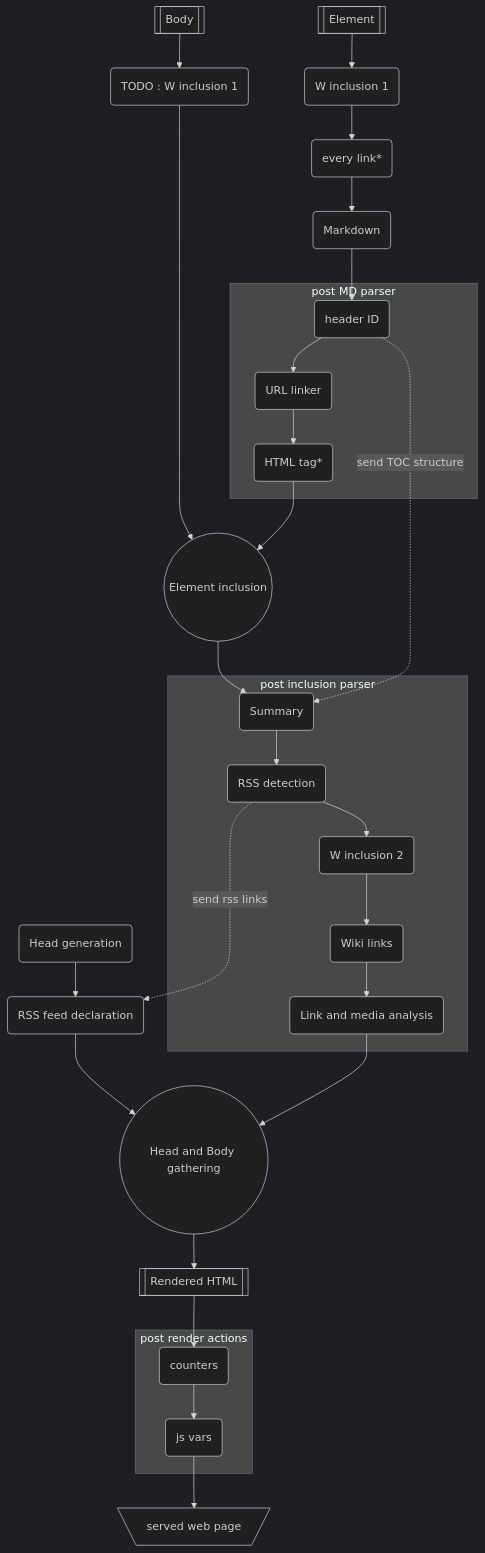
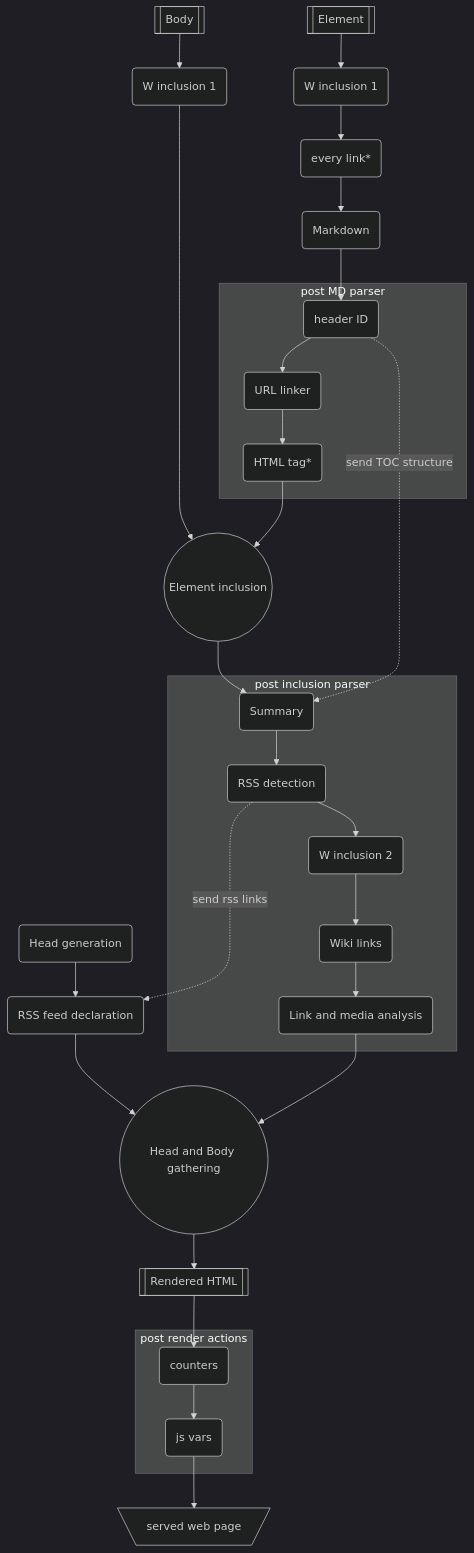
The diagram in RENDER.md (vincent-peugnet/wcms), drawn with Mermaid (dark theme) before and after one commit. The commit also changed 1 other file, not shown here.

Commit message:
allow to use more inclusions in BODY close #266

````diff
--- a/RENDER.md
+++ b/RENDER.md
@@ -7,40 +7,40 @@
 ```mermaid
 flowchart TD
 
     0A(Head generation) -->
     0rss(RSS feed declaration) --> 3B
 
     2A[[Body]] -->
-    2B(TODO : W inclusion 1)  ------->
+    2B(W inclusion 1)  ------->
     2C((Element inclusion)) --> 2D
     subgraph "post inclusion parser"
         2D(Summary) -->
         2rss(RSS detection) -->
         2F(W inclusion 2) -->
         2H(Wiki links) -->
         2I(Link and media analysis)
     end
     2I -->
     3B((Head and Body gathering)) -->
     3C[[Rendered HTML]] --> 4c
     subgraph "post render actions"
         4c(counters) -->
         4j(js vars)
     end
     4j --> 5[\served web page/]
 
 
     1A[[Element]] -->
     1B(W inclusion 1) -->
     1C(every link*) -->
     1D(Markdown) --> 1E
     subgraph "post MD parser"
         1E(header ID) -->
         1F(URL linker) -->
         1G(HTML tag*)
     end
     1G --> 2C
 
     1E -. "send TOC structure" .-> 2D
     2rss -. "send rss links" .-> 0rss
 ```
````
